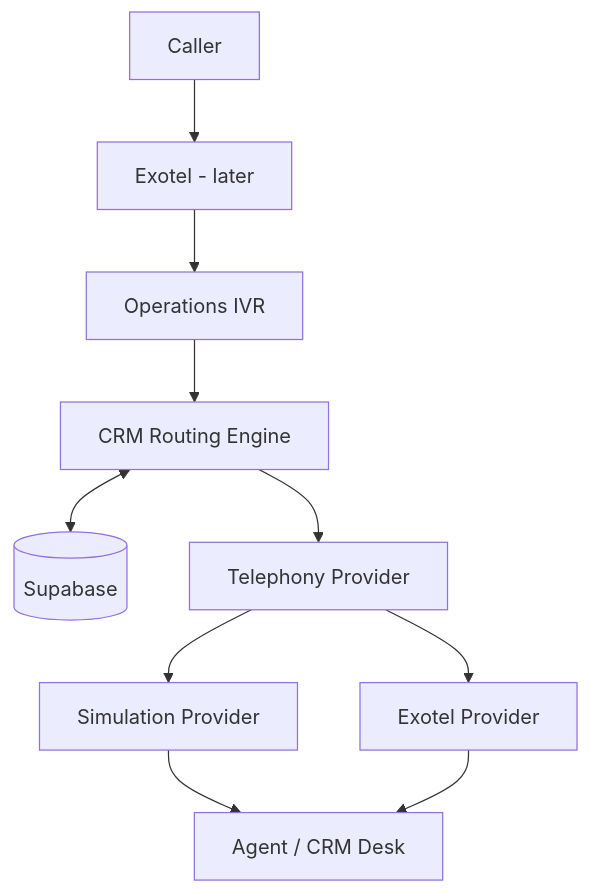
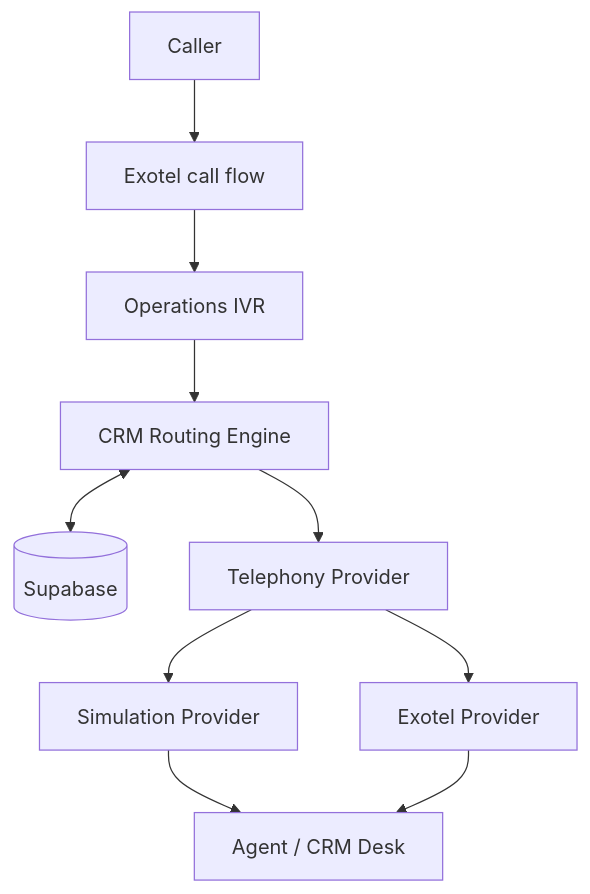
One commit to ska-ibos/SKA-TeleCRM changed the first of 4 diagrams in docs/architecture.md. Above: the diagram before and after it, drawn with Mermaid. The commit also changed other lines of this file and 29 other files, not shown here.

````diff
--- a/docs/architecture.md
+++ b/docs/architecture.md
@@ -19,12 +19,12 @@
 ```mermaid
 flowchart TD
- A["Caller"] --> B["Exotel - later"]
+ A["Caller"] --> B["Exotel call flow"]
  B --> C["Operations IVR"]
  C --> D["CRM Routing Engine"]
  D <--> E[("Supabase")]
  D --> F["Telephony Provider"]
  F --> G["Simulation Provider"]
  F --> H["Exotel Provider"]
  G --> I["Agent / CRM Desk"]
  H --> I
 ```
````
